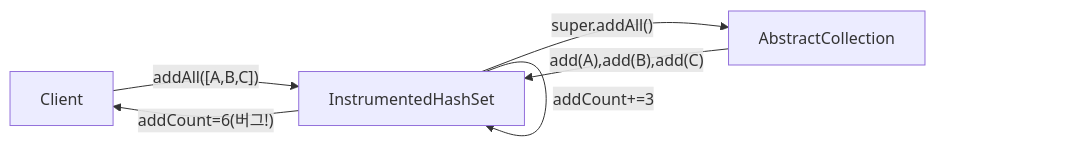
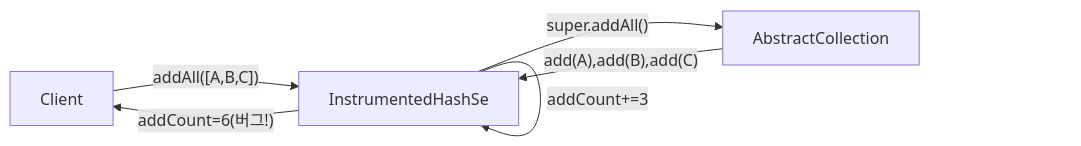
The second of 4 diagrams in _posts/java/2022-01-03-effective-java18.md (yjkim2015/yjkim2015.github.io), drawn with Mermaid before and after one commit. The commit also changed other lines of this file and 245 other files, not shown here.

First line of the commit message:
Mermaid 다이어그램 전면 수정 + 면접 포인트 접기/펼치기 + DB 데드락 페이지

````diff
--- a/_posts/java/2022-01-03-effective-java18.md
+++ b/_posts/java/2022-01-03-effective-java18.md
@@ -65,8 +65,8 @@
 ```mermaid
 graph LR
-    C["Client"] -->|"addAll([A,B,C])"| IHS["InstrumentedHashSet"]
+    C["Client"] -->|"addAll([A,B,C])"| IHS["InstrumentedHashSe"]
     IHS -->|"addCount+=3"| IHS
     IHS -->|"super.addAll()"| AC["AbstractCollection"]
     AC -->|"add(A),add(B),add(C)"| IHS
     IHS -->|"addCount=6(버그!)"| C
 ```
````
